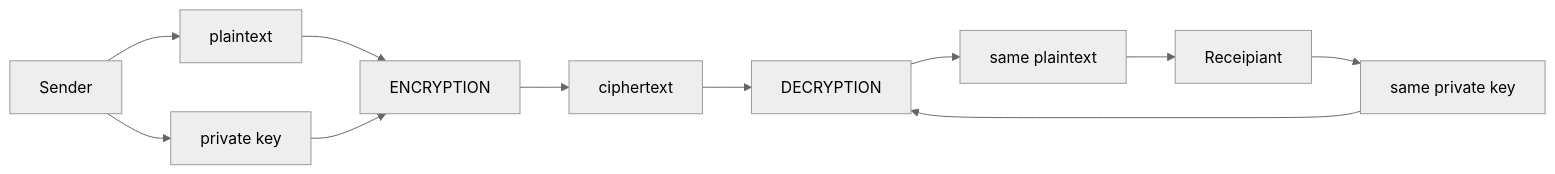
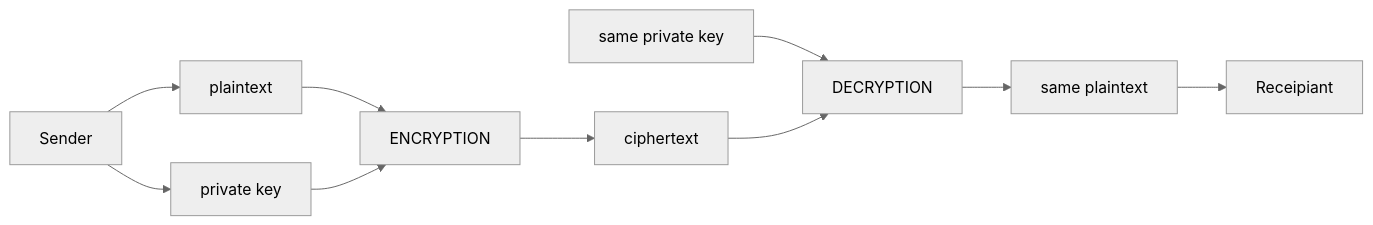
Before and after one commit to Kietpawpan/encryption: the diagram in README.md, drawn with Mermaid (neutral theme).

````diff
--- a/README.md
+++ b/README.md
@@ -5,10 +5,9 @@
 ```mermaid
 flowchart LR
     A[Sender] --> B[plaintext]-->D
     C[private key]-->D[ENCRYPTION]-->E[ciphertext]
     F[Receipiant]
     C2[same private key]-->G[DECRYPTION]-->I[same plaintext]-->F
      E-->G
 A-->C
-F-->C2
 ```
````
